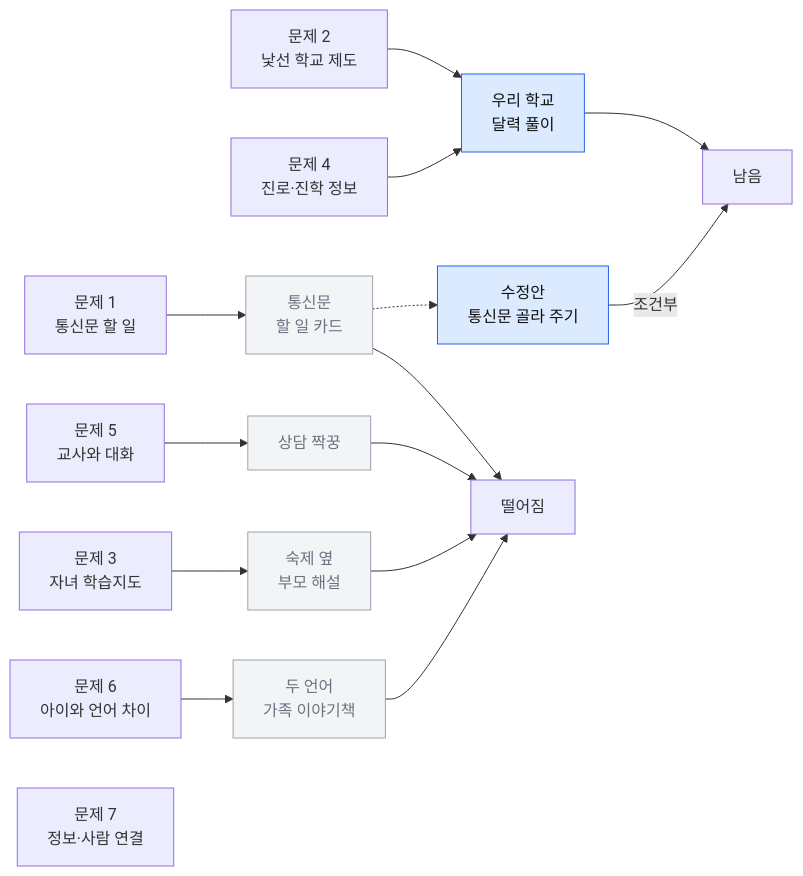
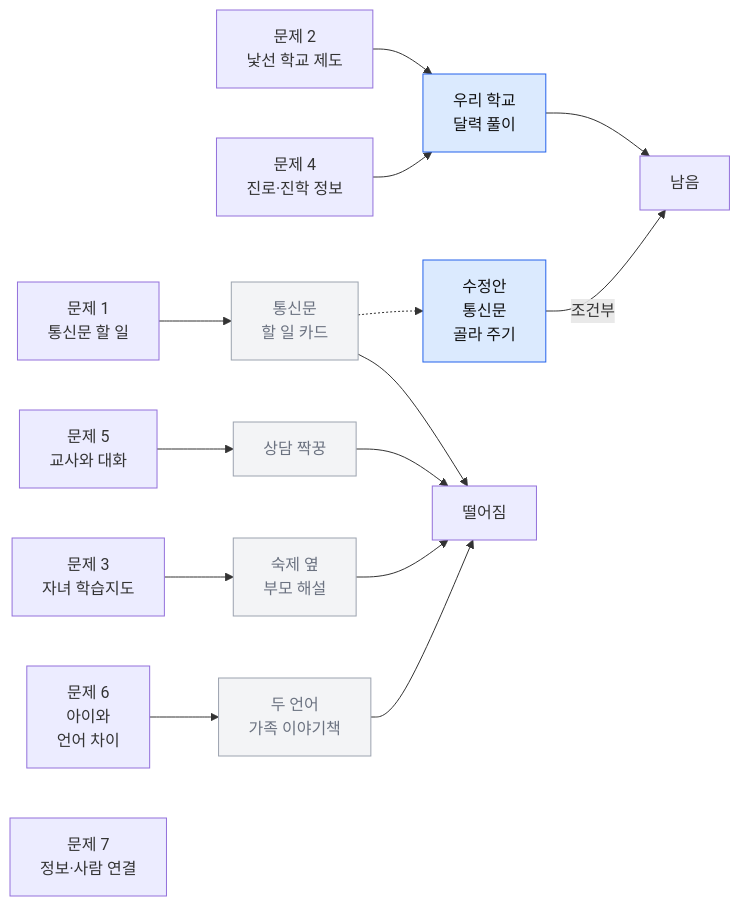
Before and after one commit to lumos0107/AI_Final_Project: the diagram in docs/ideation/social_targets/6_multicultural_parents.md, drawn with Mermaid. The commit also changed 4 other files, not shown here.

````diff
--- a/docs/ideation/social_targets/6_multicultural_parents.md
+++ b/docs/ideation/social_targets/6_multicultural_parents.md
@@ -32,40 +32,40 @@
 ```mermaid
 flowchart LR
     P1["문제 1<br>통신문 할 일"]
     P2["문제 2<br>낯선 학교 제도"]
     P3["문제 3<br>자녀 학습지도"]
     P4["문제 4<br>진로·진학 정보"]
     P5["문제 5<br>교사와 대화"]
-    P6["문제 6<br>아이와 언어 차이"]
+    P6["문제 6<br>아이와<br>언어 차이"]
     P7["문제 7<br>정보·사람 연결"]
 
     I1["통신문<br>할 일 카드"]
     I2["우리 학교<br>달력 풀이"]
     I3["상담 짝꿍"]
     I4["숙제 옆<br>부모 해설"]
     I5["두 언어<br>가족 이야기책"]
-    I1R["수정안<br>통신문 골라 주기"]
+    I1R["수정안<br>통신문<br>골라 주기"]
 
     KEEP["남음"]
     DROP["떨어짐"]
 
     P1 --> I1
     P2 --> I2
     P4 --> I2
     P5 --> I3
     P3 --> I4
     P6 --> I5
 
     I1 -.-> I1R
     I1R -->|조건부| KEEP
     I2 --> KEEP
     I1 --> DROP
     I3 --> DROP
     I4 --> DROP
     I5 --> DROP
 
     classDef keep fill:#dbeafe,stroke:#2563eb,color:#111
     classDef drop fill:#f3f4f6,stroke:#9ca3af,color:#6b7280
     class I2,I1R keep
     class I1,I3,I4,I5 drop
 ```
````
